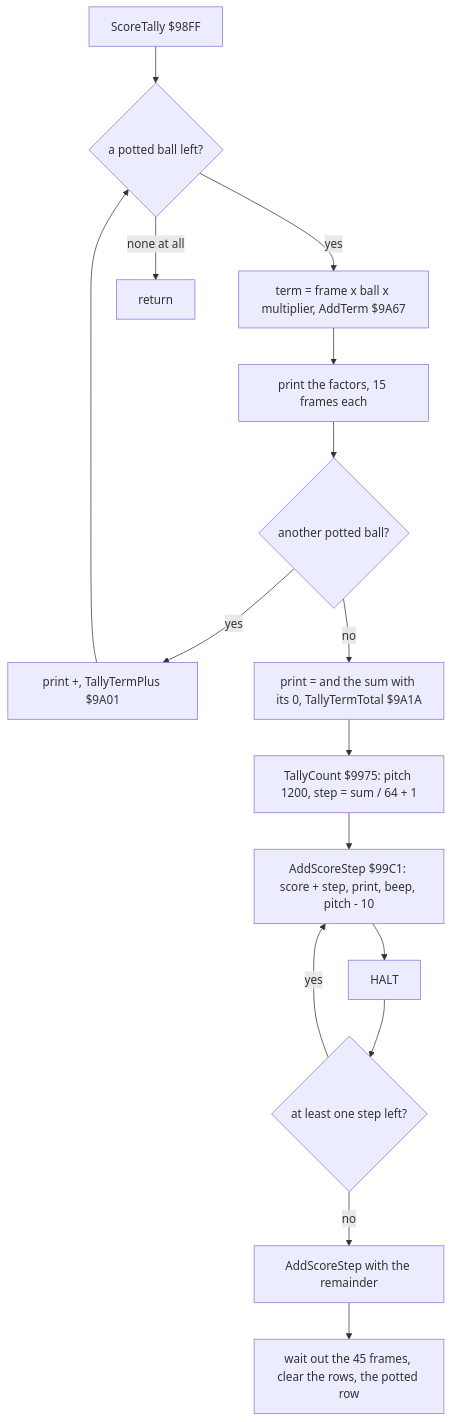
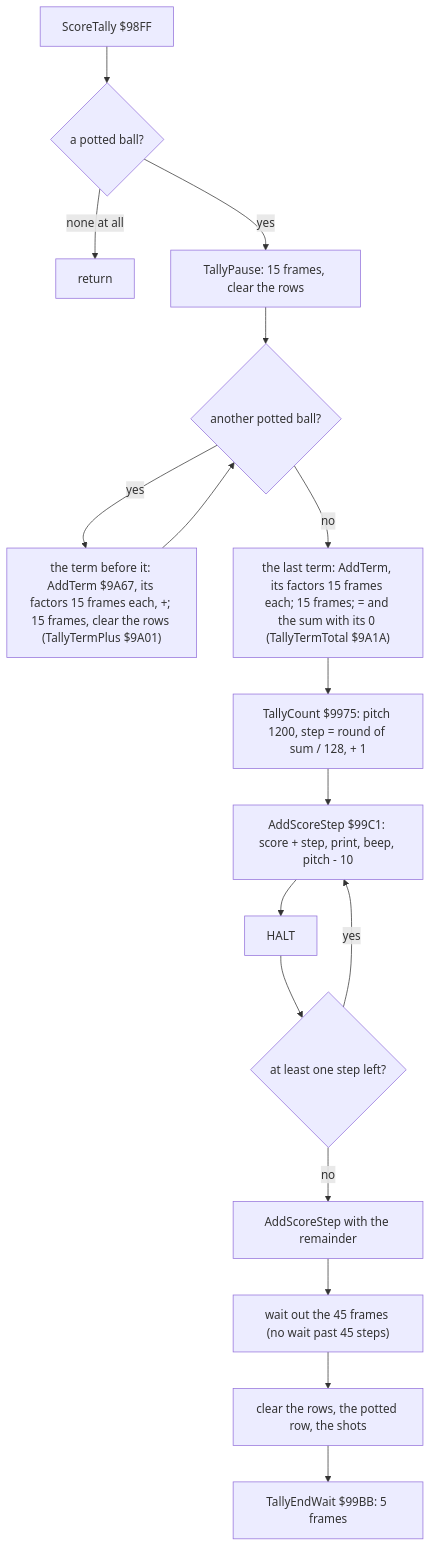
One commit to alfishe/unrealng-reverse-cases changed the fifth of 9 diagrams in games/video-pool/docs/08-hud-and-text.md. Above: the diagram before and after it, drawn with Mermaid. The commit also changed other lines of this file and 51 other files, not shown here.

Commit message:
Video Pool: review round 1 - 106 findings checked and fixed (canonical shot cost, tally step, BEEPER DE+1, frame-start samples), game.ann descriptions, figures redrawn

````diff
--- a/games/video-pool/docs/08-hud-and-text.md
+++ b/games/video-pool/docs/08-hud-and-text.md
@@ -639,18 +667,19 @@
 ```mermaid
 flowchart TD
-    S["ScoreTally $98FF"] --> F{"a potted ball left?"}
-    F -->|yes| T["term = frame x ball x multiplier, AddTerm $9A67"]
-    T --> P["print the factors, 15 frames each"]
-    P --> M{"another potted ball?"}
-    M -->|yes| PL["print +, TallyTermPlus $9A01"]
-    PL --> F
-    M -->|no| EQ["print = and the sum with its 0, TallyTermTotal $9A1A"]
+    S["ScoreTally $98FF"] --> F{"a potted ball?"}
     F -->|"none at all"| R["return"]
-    EQ --> C["TallyCount $9975: pitch 1200, step = sum / 64 + 1"]
+    F -->|yes| W1["TallyPause: 15 frames, clear the rows"]
+    W1 --> M{"another potted ball?"}
+    M -->|yes| PL["the term before it: AddTerm $9A67, its factors 15 frames each, +; 15 frames, clear the rows (TallyTermPlus $9A01)"]
+    PL --> M
+    M -->|no| EQ["the last term: AddTerm, its factors 15 frames each; 15 frames; = and the sum with its 0 (TallyTermTotal $9A1A)"]
+    EQ --> C["TallyCount $9975: pitch 1200, step = round of sum / 128, + 1"]
     C --> ST["AddScoreStep $99C1: score + step, print, beep, pitch - 10"]
     ST --> H["HALT"]
     H --> L{"at least one step left?"}
     L -->|yes| ST
     L -->|no| LS["AddScoreStep with the remainder"]
-    LS --> WT["wait out the 45 frames, clear the rows, the potted row"]
+    LS --> WT["wait out the 45 frames (no wait past 45 steps)"]
+    WT --> CL["clear the rows, the potted row, the shots"]
+    CL --> EW["TallyEndWait $99BB: 5 frames"]
 ```
````
